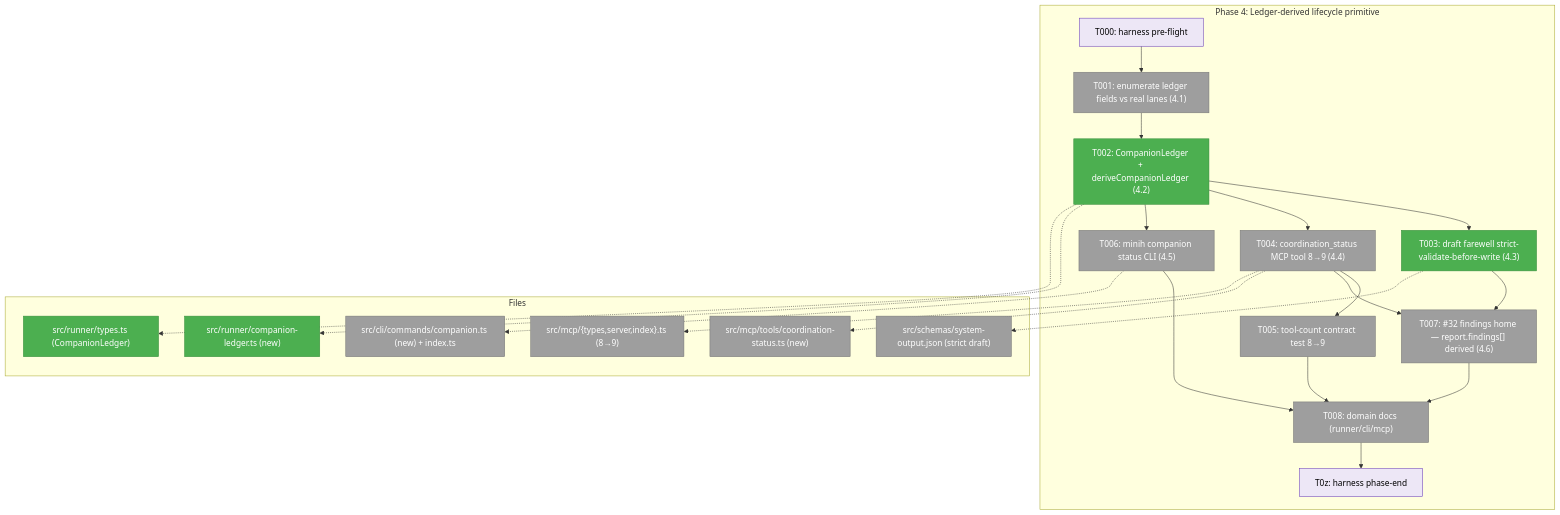
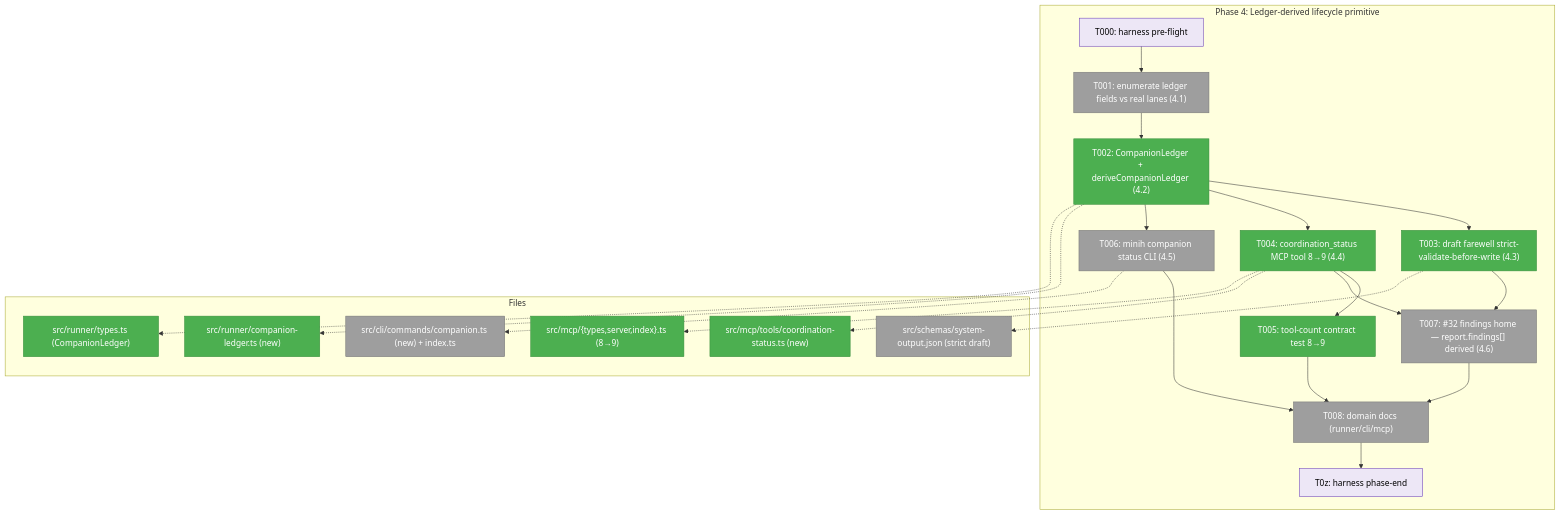
The first of 3 diagrams in docs/plans/027-companion-coordination/tasks/phase-4-ledger-derived-lifecycle-primitive/tasks.md (AI-Substrate/minih), drawn with Mermaid before and after one commit. The commit also changed other lines of this file and 8 other files, not shown here.

First line of the commit message:
feat(mcp): coordination_status tool — 9th inside tool over the shared ledger (#36, T004/T005)

````diff
--- a/docs/plans/027-companion-coordination/tasks/phase-4-ledger-derived-lifecycle-primitive/tasks.md
+++ b/docs/plans/027-companion-coordination/tasks/phase-4-ledger-derived-lifecycle-primitive/tasks.md
@@ -100,44 +100,44 @@
 ```mermaid
 flowchart TD
     classDef pending fill:#9E9E9E,stroke:#757575,color:#fff
     classDef completed fill:#4CAF50,stroke:#388E3C,color:#fff
     classDef seam fill:#EDE7F6,stroke:#673AB7,color:#000
 
     subgraph Phase["Phase 4: Ledger-derived lifecycle primitive"]
         T000["T000: harness pre-flight"]:::seam
         T001["T001: enumerate ledger fields vs real lanes (4.1)"]:::pending
         T002["T002: CompanionLedger + deriveCompanionLedger (4.2)"]:::completed
         T003["T003: draft farewell strict-validate-before-write (4.3)"]:::completed
-        T004["T004: coordination_status MCP tool 8→9 (4.4)"]:::pending
-        T005["T005: tool-count contract test 8→9"]:::pending
+        T004["T004: coordination_status MCP tool 8→9 (4.4)"]:::completed
+        T005["T005: tool-count contract test 8→9"]:::completed
         T006["T006: minih companion status CLI (4.5)"]:::pending
         T007["T007: #32 findings home — report.findings[] derived (4.6)"]:::pending
         T008["T008: domain docs (runner/cli/mcp)"]:::pending
         T0z["T0z: harness phase-end"]:::seam
 
         T000 --> T001 --> T002 --> T003
         T002 --> T004 --> T005
         T002 --> T006
         T003 --> T007
         T004 --> T007
         T005 --> T008
         T006 --> T008
         T007 --> T008 --> T0z
     end
 
     subgraph Files["Files"]
         F1["src/runner/companion-ledger.ts (new)"]:::completed
         F2["src/runner/types.ts (CompanionLedger)"]:::completed
-        F3["src/mcp/tools/coordination-status.ts (new)"]:::pending
-        F4["src/mcp/{types,server,index}.ts (8→9)"]:::pending
+        F3["src/mcp/tools/coordination-status.ts (new)"]:::completed
+        F4["src/mcp/{types,server,index}.ts (8→9)"]:::completed
         F5["src/cli/commands/companion.ts (new) + index.ts"]:::pending
         F6["src/schemas/system-output.json (strict draft)"]:::pending
     end
 
     T002 -.-> F1
     T002 -.-> F2
     T003 -.-> F6
     T004 -.-> F3
     T004 -.-> F4
     T006 -.-> F5
 ```
````
